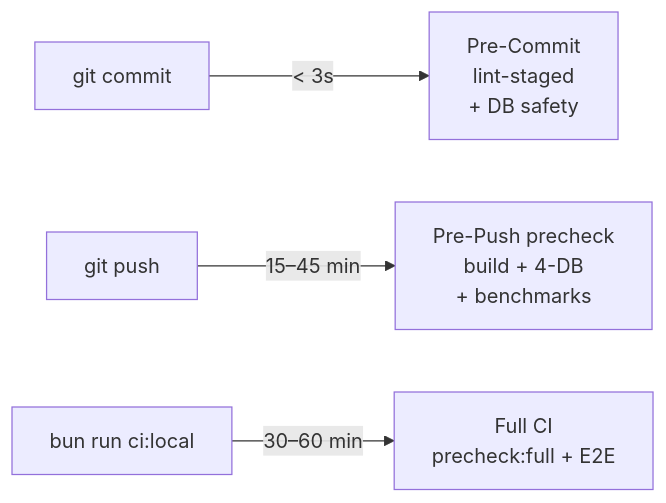
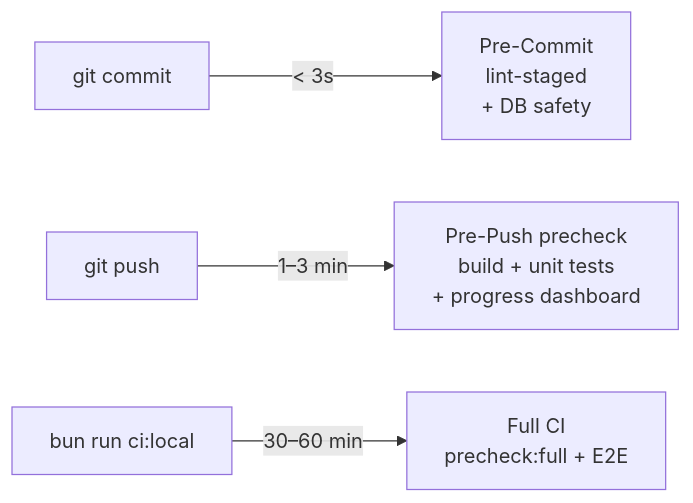
Before and after one commit to SveltyCMS/SveltyCMS: the diagram in docs/tests/git-workflow.mdx, drawn with Mermaid. The commit also changed other lines of this file and 21 other files, not shown here.

````diff
--- a/docs/tests/git-workflow.mdx
+++ b/docs/tests/git-workflow.mdx
@@ -194,6 +191,6 @@
 ```mermaid
 flowchart LR
     A["git commit"] -->|"< 3s"| B["Pre-Commit<br/>lint-staged<br/>+ DB safety"]
-    C["git push"] -->|"15–45 min"| D["Pre-Push precheck<br/>build + 4-DB<br/>+ benchmarks"]
+    C["git push"] -->|"1–3 min"| D["Pre-Push precheck<br/>build + unit tests<br/>+ progress dashboard"]
     E["bun run ci:local"] -->|"30–60 min"| F["Full CI<br/>precheck:full + E2E"]
 ```
````
